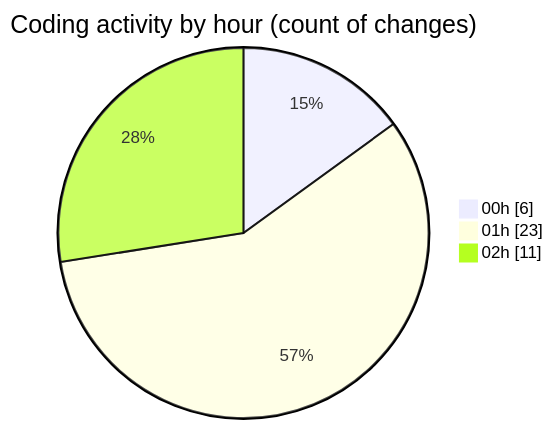
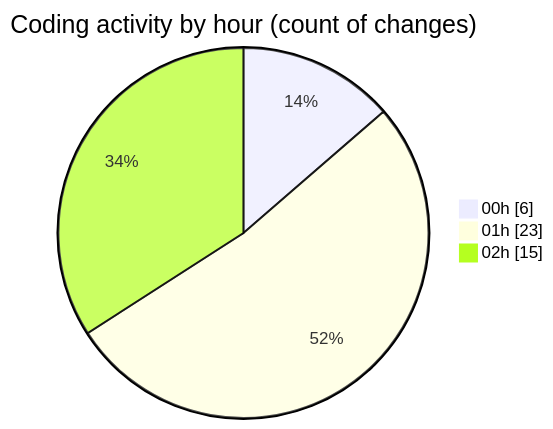
One commit to julien-gomy/code-tracking changed the second of 2 diagrams in 2025-11-08/eventscop-frontend-guide__workspace_/README.md. Above: the diagram before and after it, drawn with Mermaid. The commit also changed other lines of this file and 1 other file, not shown here.

````diff
--- a/2025-11-08/eventscop-frontend-guide__workspace_/README.md
+++ b/2025-11-08/eventscop-frontend-guide__workspace_/README.md
@@ -39,7 +39,7 @@
 ```mermaid
 pie showData
 title Coding activity by hour (count of changes)
 "00h" : 6
 "01h" : 23
-"02h" : 11
+"02h" : 15
 ```
````
